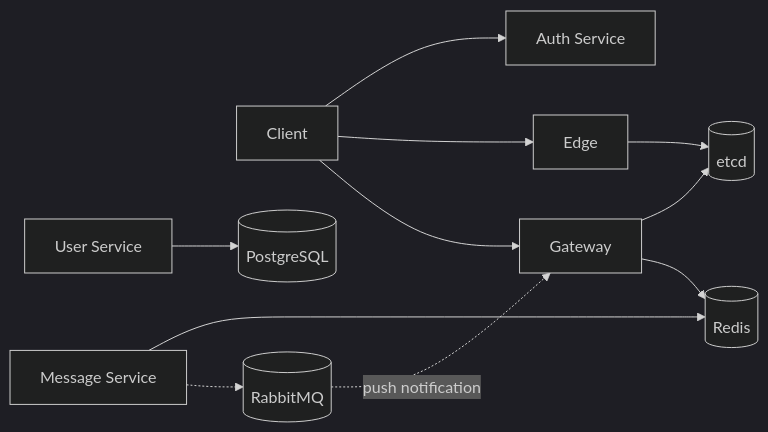
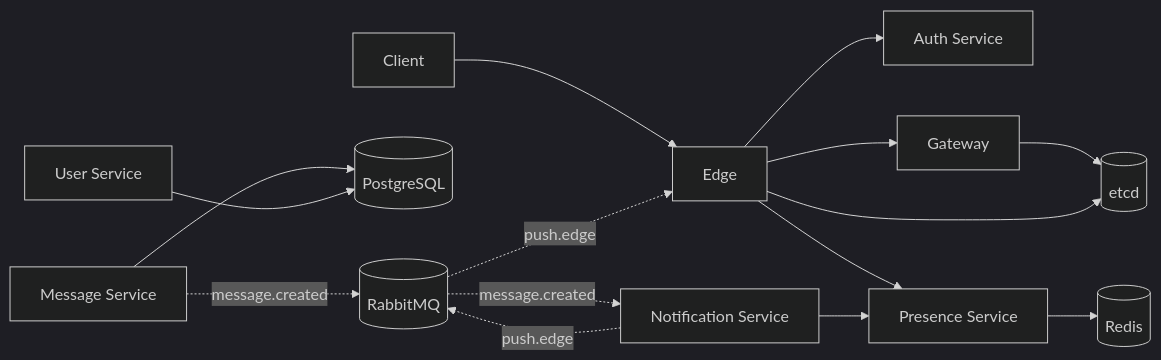
Before and after one commit to HappyLadySauce/Beehive-IM: the eighth of 8 diagrams in docs/gateway/DESIGN.md, drawn with Mermaid (dark theme). The commit also changed other lines of this file and 5 other files, not shown here.

````diff
--- a/docs/gateway/DESIGN.md
+++ b/docs/gateway/DESIGN.md
@@ -587,20 +733,26 @@
 ```mermaid
 flowchart LR
     Client[Client]
     Auth[Auth Service]
     Edge[Edge]
     Gateway[Gateway]
     User[User Service]
     Msg[Message Service]
+    Presence[Presence Service]
+    Notification[Notification Service]
 
-    Client --> Auth
     Client --> Edge
-    Client --> Gateway
+    Edge --> Auth
+    Edge --> Gateway
+    Edge --> Presence
+    Presence --> Redis[(Redis)]
     Gateway --> Etcd[(etcd)]
     Edge --> Etcd
-    Gateway --> Redis[(Redis)]
-    Msg --> Redis
-    Msg -.-> RMQ[(RabbitMQ)]
-    RMQ -.->|push notification| Gateway
-    User --> PG[(PostgreSQL)]
+    Msg --> PG[(PostgreSQL)]
+    Msg -.->|message.created| RMQ[(RabbitMQ)]
+    RMQ -.->|message.created| Notification
+    Notification --> Presence
+    Notification -.->|push.edge| RMQ
+    RMQ -.->|push.edge| Edge
+    User --> PG
 ```
````
